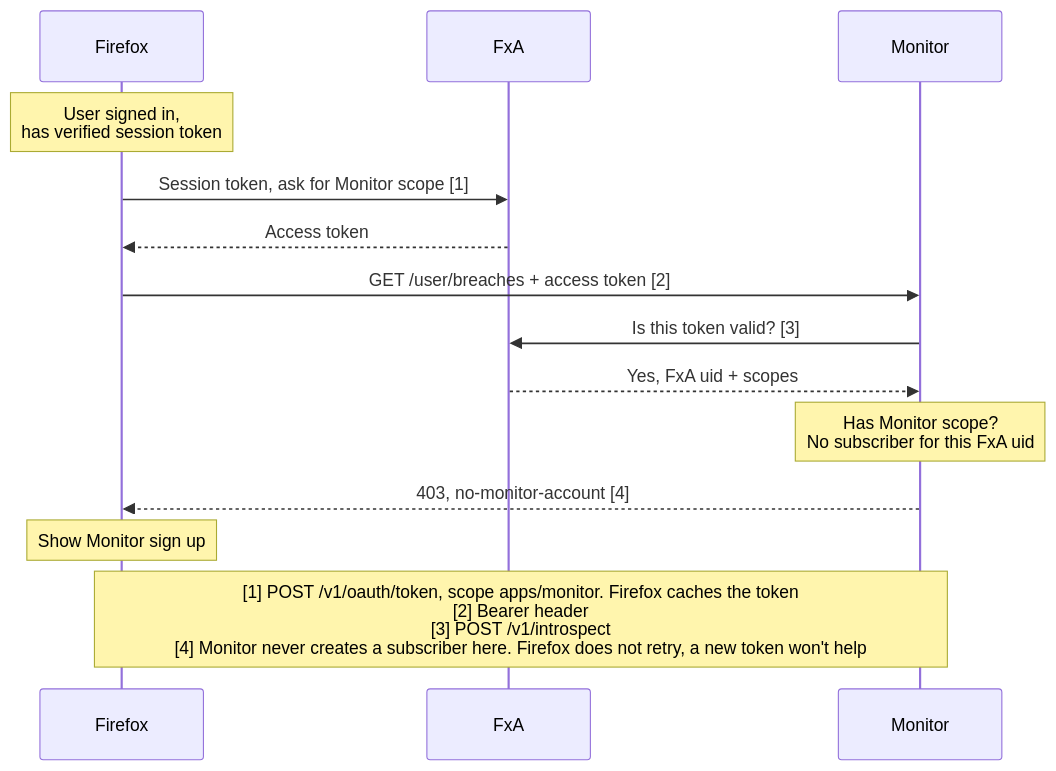
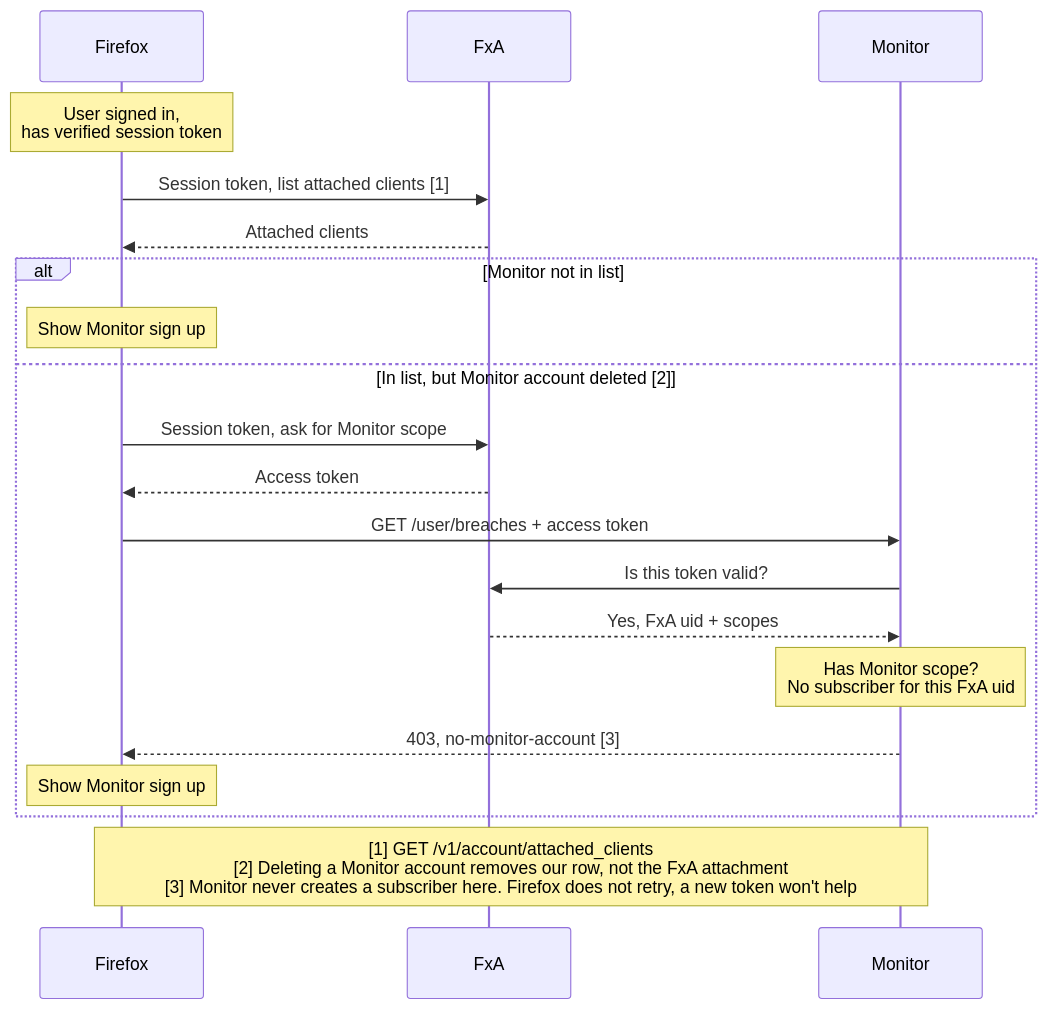
The second of 3 diagrams in docs/architecture/flows/firefox-api-auth.md (mozilla/blurts-server), drawn with Mermaid before and after one commit. The commit also changed other lines of this file, not shown here.

First line of the commit message:
docs(fx-api): align legacy auth flows with FxA feedback

````diff
--- a/docs/architecture/flows/firefox-api-auth.md
+++ b/docs/architecture/flows/firefox-api-auth.md
@@ -60,18 +56,24 @@
 ```mermaid
 sequenceDiagram
     participant FE as Firefox
     participant FxA
     participant BE as Monitor
 
     Note over FE: User signed in,<br/>has verified session token
-    FE->>FxA: Session token, ask for Monitor scope [1]
-    FxA-->>FE: Access token
-    FE->>BE: GET /user/breaches + access token [2]
-    BE->>FxA: Is this token valid? [3]
-    FxA-->>BE: Yes, FxA uid + scopes
-    Note over BE: Has Monitor scope?<br/>No subscriber for this FxA uid
-    BE-->>FE: 403, no-monitor-account [4]
-    Note over FE: Show Monitor sign up
+    FE->>FxA: Session token, list attached clients [1]
+    FxA-->>FE: Attached clients
+    alt Monitor not in list
+        Note over FE: Show Monitor sign up
+    else In list, but Monitor account deleted [2]
+        FE->>FxA: Session token, ask for Monitor scope
+        FxA-->>FE: Access token
+        FE->>BE: GET /user/breaches + access token
+        BE->>FxA: Is this token valid?
+        FxA-->>BE: Yes, FxA uid + scopes
+        Note over BE: Has Monitor scope?<br/>No subscriber for this FxA uid
+        BE-->>FE: 403, no-monitor-account [3]
+        Note over FE: Show Monitor sign up
+    end
 
-    Note over FE,BE: [1] POST /v1/oauth/token, scope apps/monitor. Firefox caches the token<br/>[2] Bearer header<br/>[3] POST /v1/introspect<br/>[4] Monitor never creates a subscriber here. Firefox does not retry, a new token won't help
+    Note over FE,BE: [1] GET /v1/account/attached_clients<br/>[2] Deleting a Monitor account removes our row, not the FxA attachment<br/>[3] Monitor never creates a subscriber here. Firefox does not retry, a new token won't help
 ```
````
